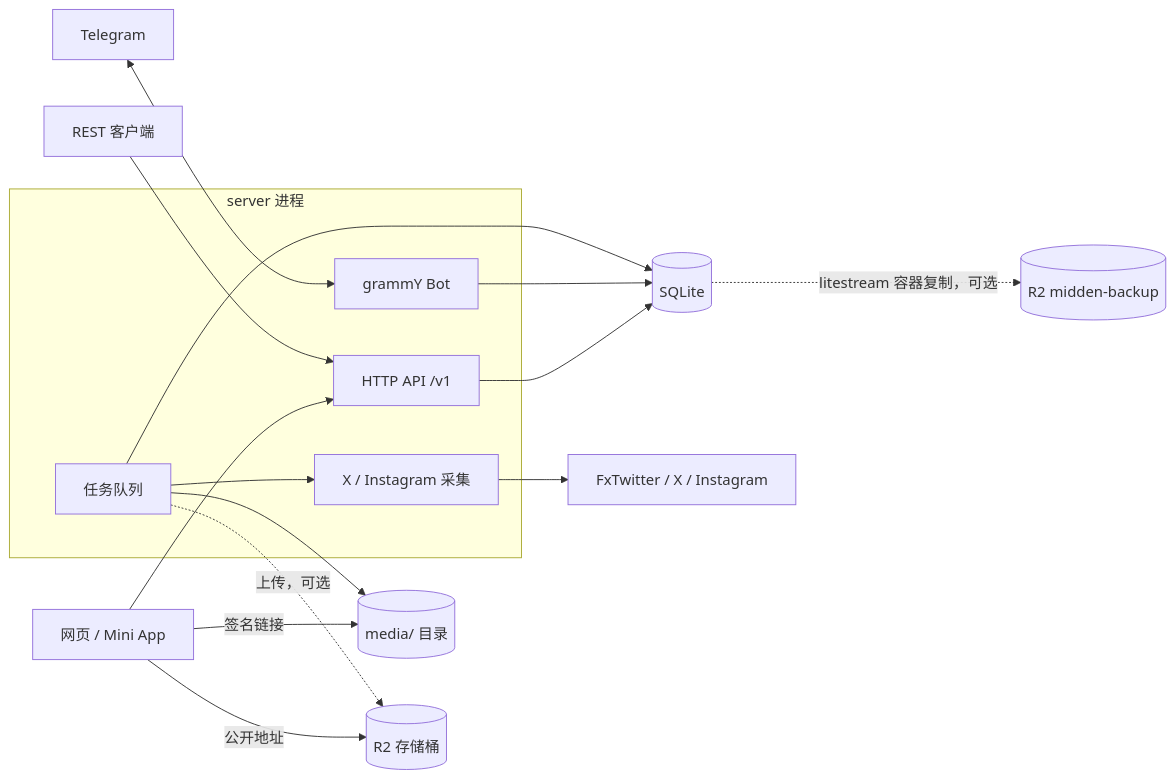
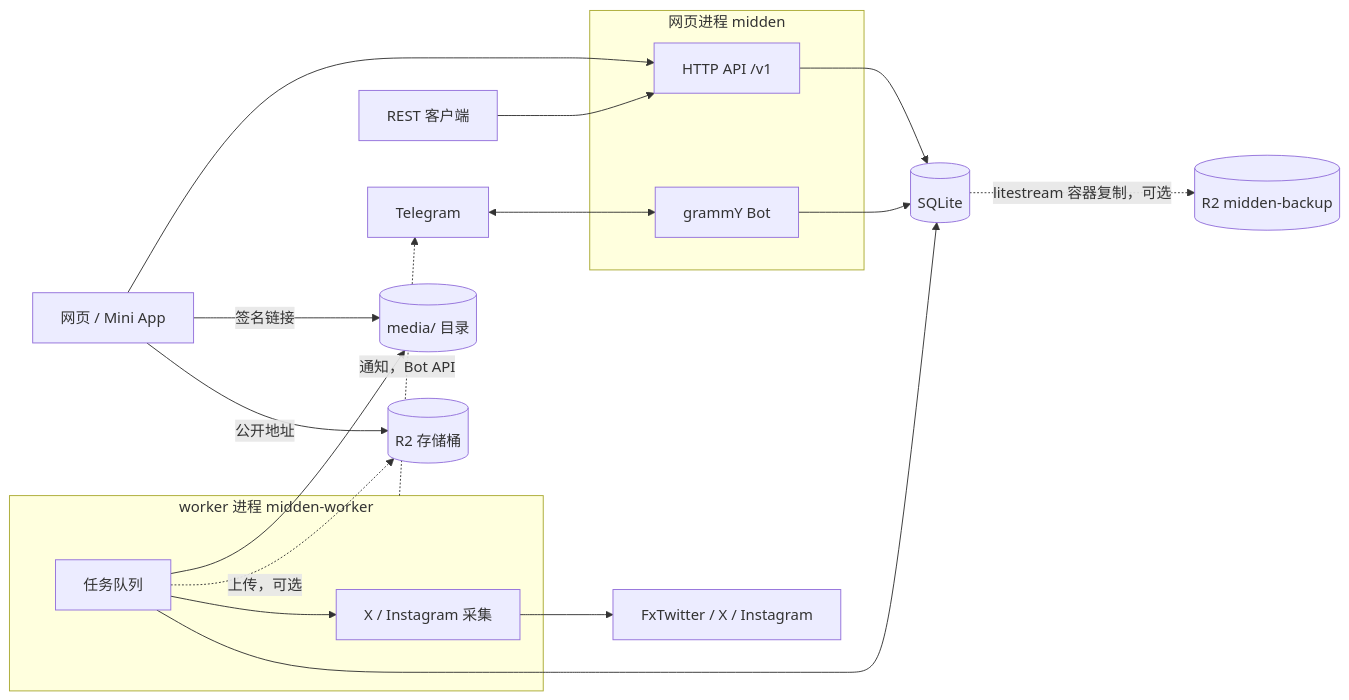
Before and after one commit to sxzz/midden: the diagram in docs/architecture.md, drawn with Mermaid. The commit also changed other lines of this file and 55 other files, not shown here.

First line of the commit message:
feat(server): run the web server and the job worker as two processes

````diff
--- a/docs/architecture.md
+++ b/docs/architecture.md
@@ -5,22 +5,25 @@
 ```mermaid
 flowchart LR
     TG[Telegram] <--> Bot
     Web[网页 / Mini App] --> API
     Script[REST 客户端] --> API
-    subgraph Server[server 进程]
+    subgraph WebProcess[网页进程 midden]
         API[HTTP API /v1]
         Bot[grammY Bot]
+    end
+    subgraph Worker[worker 进程 midden-worker]
         Queue[任务队列]
         Platforms[X / Instagram 采集]
     end
     API --> DB[(SQLite)]
     Bot --> DB
     Queue --> DB
+    Worker -.->|通知，Bot API| TG
     Queue --> Platforms
     Platforms --> Upstream[FxTwitter / X / Instagram]
     Queue --> Media[(media/ 目录)]
     Queue -.->|上传，可选| R2[(R2 存储桶)]
     Web -->|签名链接| Media
     Web -->|公开地址| R2
     DB -.->|litestream 容器复制，可选| Backup[(R2 midden-backup)]
 ```
````
